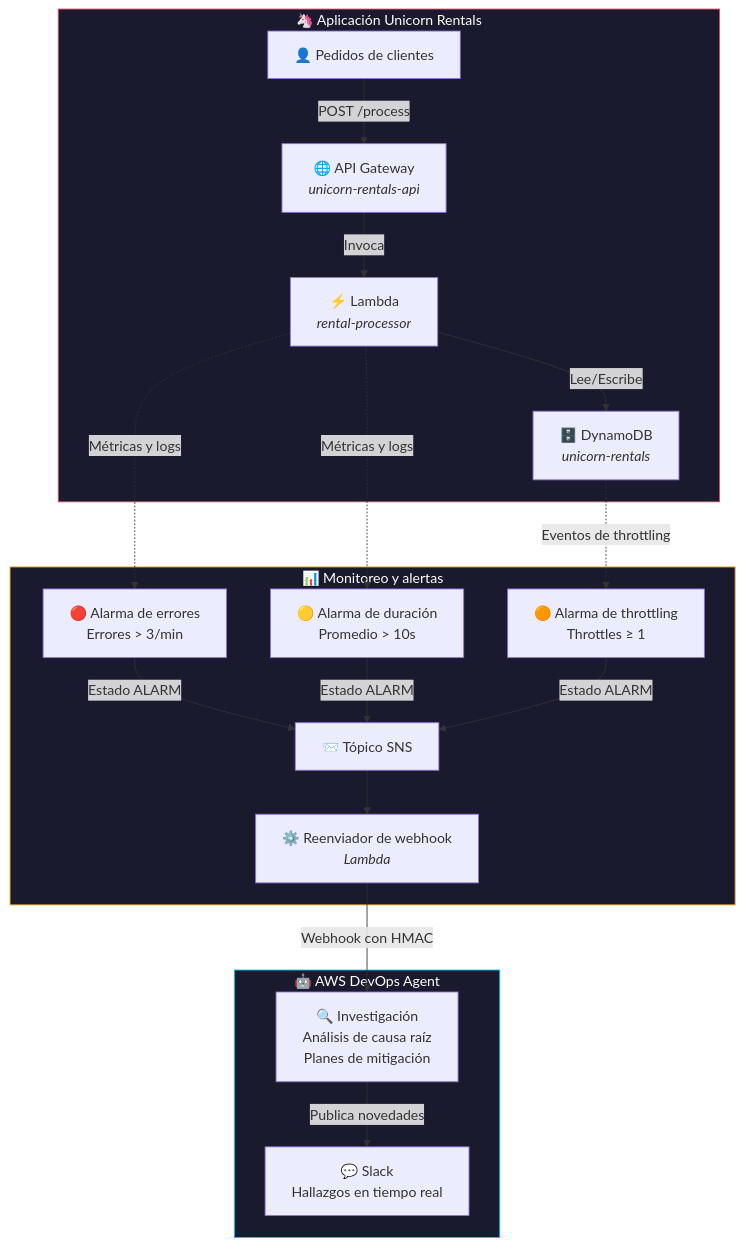
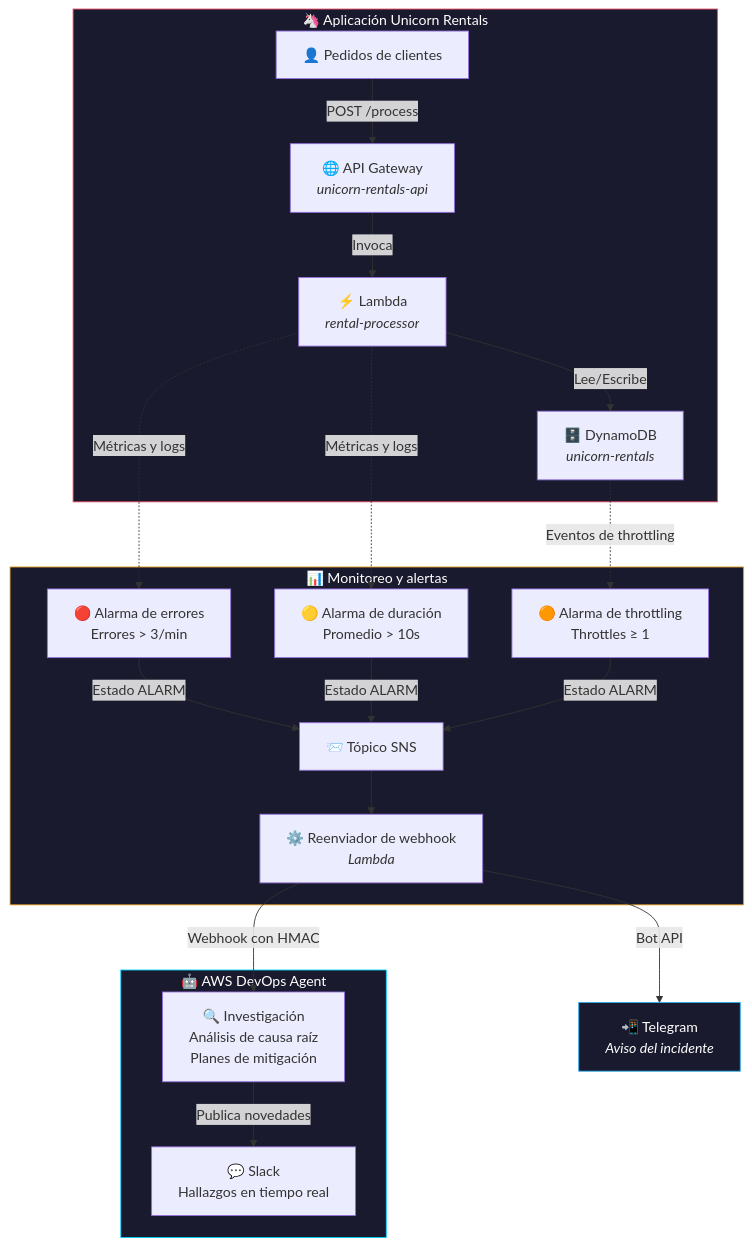
Before and after one commit to roxsross/aws-devops-agent-demo-cday-2026: the diagram in README.md, drawn with Mermaid. The commit also changed other lines of this file and 3 other files, not shown here.

````diff
--- a/README.md
+++ b/README.md
@@ -15,39 +15,43 @@
 ```mermaid
 graph TB
     subgraph app["🦄 Aplicación Unicorn Rentals"]
         Customer["👤 Pedidos de clientes"]
         APIGW["🌐 API Gateway<br/><i>unicorn-rentals-api</i>"]
         Lambda["⚡ Lambda<br/><i>rental-processor</i><br/>"]
         DDB["🗄️ DynamoDB<br/><i>unicorn-rentals</i><br/>"]
 
         Customer -->|"POST /process"| APIGW
         APIGW -->|"Invoca"| Lambda
         Lambda -->|"Lee/Escribe"| DDB
     end
 
     subgraph monitoring["📊 Monitoreo y alertas"]
         A1["🔴 Alarma de errores<br/>Errores > 3/min"]
         A2["🟡 Alarma de duración<br/>Promedio > 10s"]
         A3["🟠 Alarma de throttling<br/>Throttles ≥ 1"]
         SNS["📨 Tópico SNS"]
         Forwarder["⚙️ Reenviador de webhook<br/><i>Lambda</i>"]
 
         A1 & A2 & A3 -->|"Estado ALARM"| SNS
         SNS --> Forwarder
     end
 
     subgraph devops["🤖 AWS DevOps Agent"]
         Agent["🔍 Investigación<br/>Análisis de causa raíz<br/>Planes de mitigación"]
         Slack["💬 Slack<br/>Hallazgos en tiempo real"]
 
         Agent -->|"Publica novedades"| Slack
     end
 
+    Telegram["📲 Telegram<br/><i>Aviso del incidente</i>"]
+
     Lambda -.->|"Métricas y logs"| A1 & A2
     DDB -.->|"Eventos de throttling"| A3
     Forwarder -->|"Webhook con HMAC"| Agent
+    Forwarder -->|"Bot API"| Telegram
 
     style app fill:#1a1a2e,stroke:#e94560,color:#fff
     style monitoring fill:#1a1a2e,stroke:#f5a623,color:#fff
     style devops fill:#1a1a2e,stroke:#00d2ff,color:#fff
+    style Telegram fill:#1a1a2e,stroke:#2aabee,color:#fff
 ```
````
